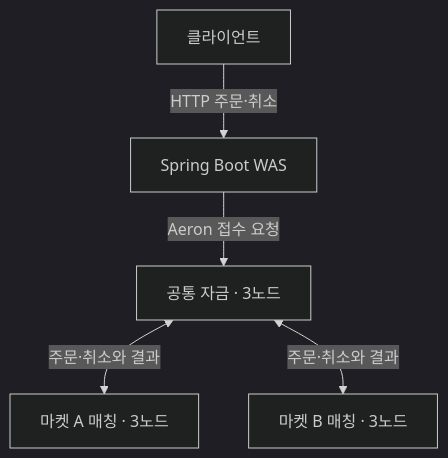
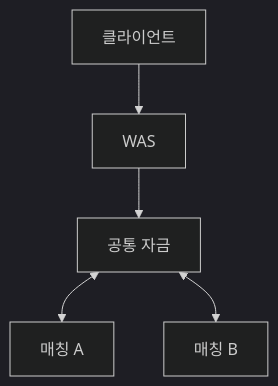
Before and after one commit to 0Chord/coin-exchange: the first of 7 diagrams in README.md, drawn with Mermaid (dark theme). The commit also changed other lines of this file, not shown here.

````diff
--- a/README.md
+++ b/README.md
@@ -33,7 +33,7 @@
 ```mermaid
 flowchart TB
-    client["클라이언트"] -->|"HTTP 주문·취소"| was["Spring Boot WAS"]
-    was -->|"Aeron 접수 요청"| funds["공통 자금 · 3노드"]
-    funds <-->|"주문·취소와 결과"| matchingA["마켓 A 매칭 · 3노드"]
-    funds <-->|"주문·취소와 결과"| matchingB["마켓 B 매칭 · 3노드"]
+    client["클라이언트"] --> was["WAS"]
+    was --> funds["공통 자금"]
+    funds <--> matchingA["매칭 A"]
+    funds <--> matchingB["매칭 B"]
 ```
````
